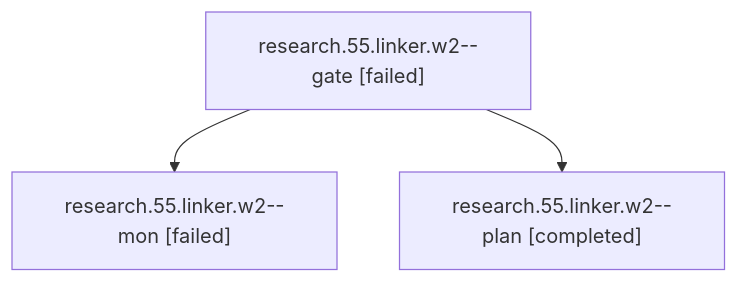
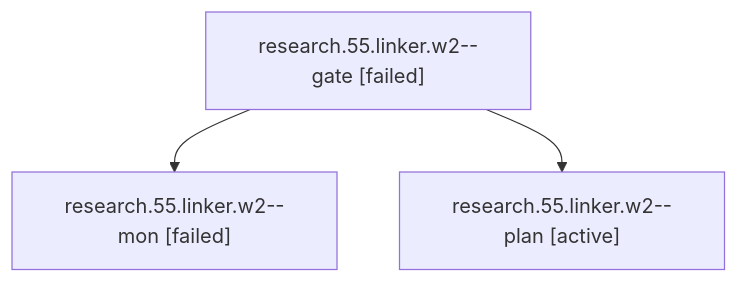
One commit to bobs-org/bob-cli--agents changed the diagram in sessions/bbugyi200.athena.research.55.linker.w2.md. Above: the diagram before and after it, drawn with Mermaid. The commit also changed other lines of this file and 711 other files, not shown here.

````diff
--- a/sessions/bbugyi200.athena.research.55.linker.w2.md
+++ b/sessions/bbugyi200.athena.research.55.linker.w2.md
@@ -9,8 +9,8 @@
 ```mermaid
 flowchart TD
   n0["research.55.linker.w2--gate [failed]"]
   n1["research.55.linker.w2--mon [failed]"]
   n0 --> n1
-  n2["research.55.linker.w2--plan [completed]"]
+  n2["research.55.linker.w2--plan [active]"]
   n0 --> n2
 ```
````
